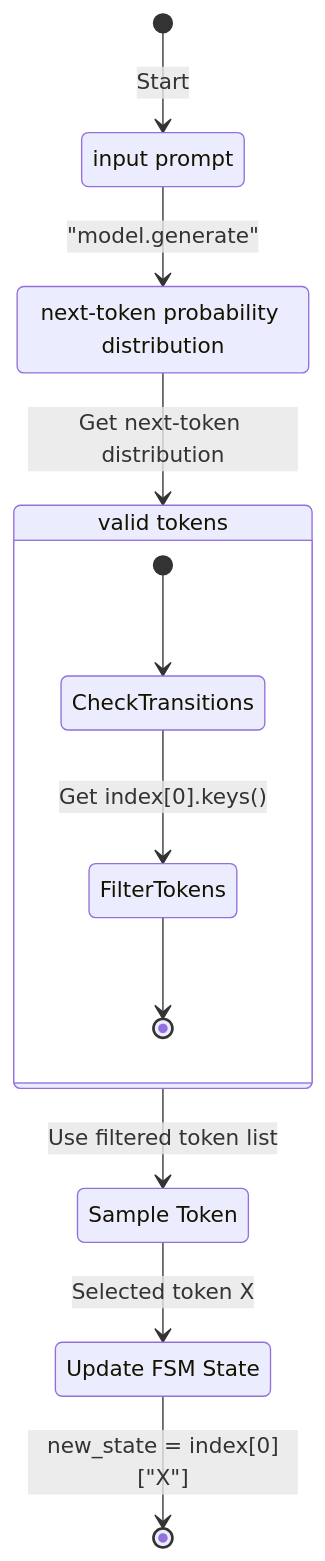
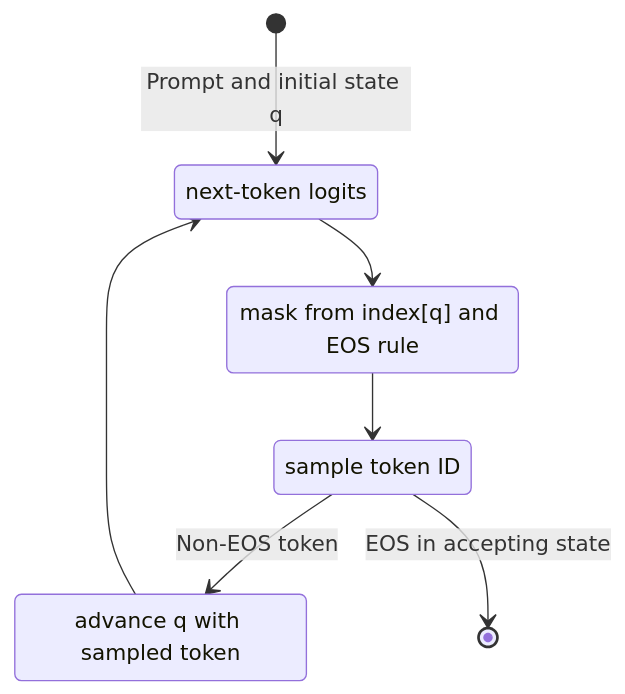
The diagram in content/thoughts/structured outputs.md (aarnphm/aarnphm.github.io), drawn with Mermaid before and after one commit. The commit also changed other lines of this file and 59 other files, not shown here.

````diff
--- a/content/thoughts/structured outputs.md
+++ b/content/thoughts/structured outputs.md
@@ -244,20 +210,13 @@
 ```mermaid
 stateDiagram-v2
-    [*] --> InputPrompt: Start
-
-    state "input prompt" as InputPrompt
-    state "next-token probability distribution" as GetProb
-    state "valid tokens" as ListTokens {
-        [*] --> CheckTransitions
-        CheckTransitions --> FilterTokens: Get index[0].keys()
-        FilterTokens --> [*]
-    }
-    state "Sample Token" as SampleToken
-    state "Update FSM State" as UpdateState
-
-    InputPrompt --> GetProb: "model.generate"
-    GetProb --> ListTokens: Get next-token distribution
-    ListTokens --> SampleToken: Use filtered token list
-    SampleToken --> UpdateState: Selected token X
-    UpdateState --> [*]: new_state = index[0]["X"]
+    [*] --> GetProb: Prompt and initial state q
+    state "next-token logits" as GetProb
+    state "mask from index[q] and EOS rule" as Mask
+    state "sample token ID" as SampleToken
+    state "advance q with sampled token" as UpdateState
+    GetProb --> Mask
+    Mask --> SampleToken
+    SampleToken --> UpdateState: Non-EOS token
+    SampleToken --> [*]: EOS in accepting state
+    UpdateState --> GetProb
 ```
````
